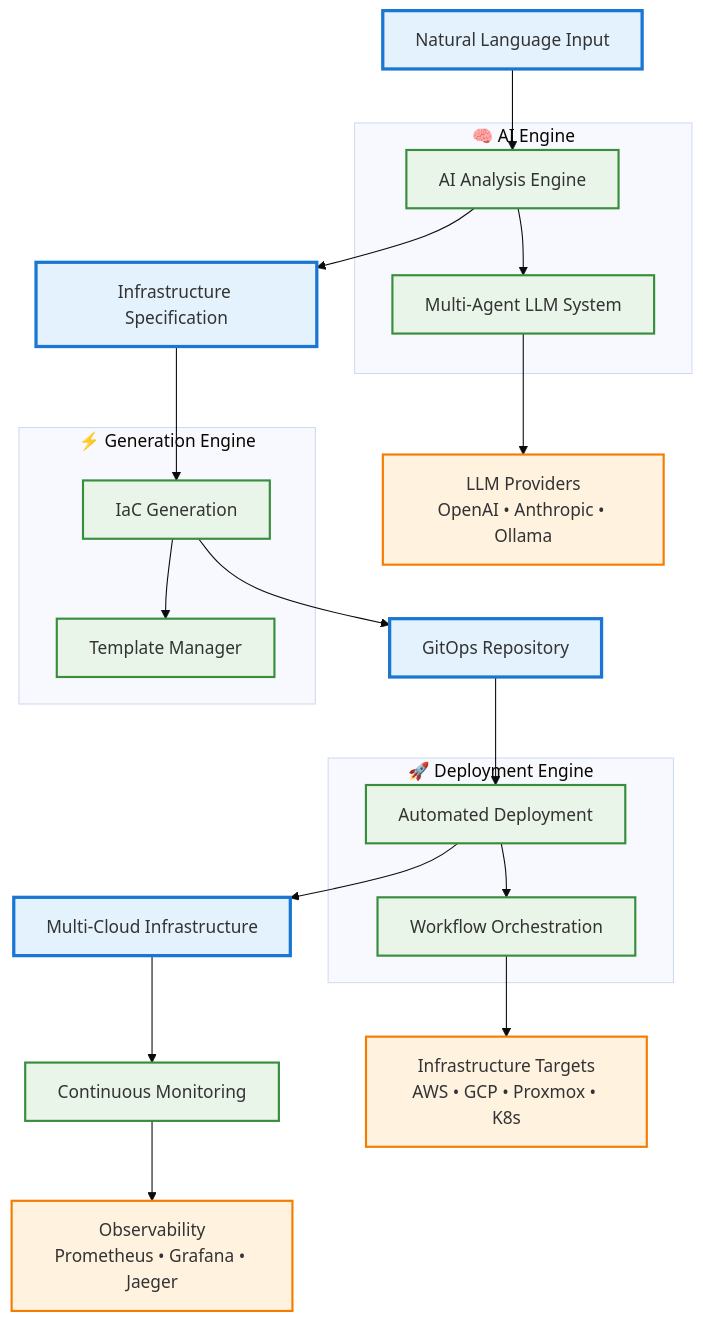
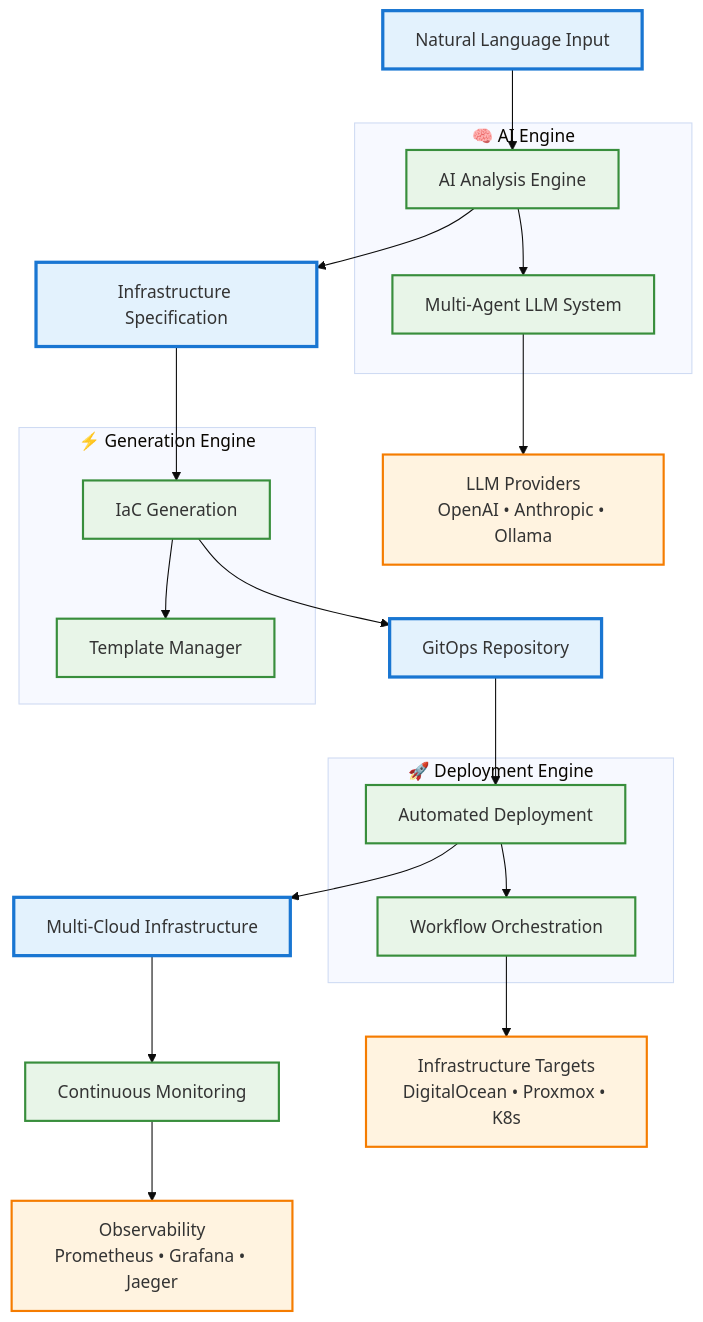
One commit to edwardhallam/luma-engine changed the diagram in README.md. Above: the diagram before and after it, drawn with Mermaid (base theme).

````diff
--- a/README.md
+++ b/README.md
@@ -72,47 +72,47 @@
 ```mermaid
 graph TB
     A[Natural Language Input] --> B[AI Analysis Engine]
     B --> C[Infrastructure Specification]
     C --> D[IaC Generation]
     D --> E[GitOps Repository]
     E --> F[Automated Deployment]
     F --> G[Multi-Cloud Infrastructure]
     G --> H[Continuous Monitoring]
     
     %% Core Components
     subgraph "🧠 AI Engine"
         B
         I[Multi-Agent LLM System]
         B --> I
     end
     
     subgraph "⚡ Generation Engine"
         D
         J[Template Manager]
         D --> J
     end
     
     subgraph "🚀 Deployment Engine"
         F
         K[Workflow Orchestration]
         F --> K
     end
     
     %% External Systems
     L[LLM Providers<br/>OpenAI • Anthropic • Ollama]
-    M[Infrastructure Targets<br/>AWS • GCP • Proxmox • K8s]
+    M[Infrastructure Targets<br/>DigitalOcean • Proxmox • K8s]
     N[Observability<br/>Prometheus • Grafana • Jaeger]
     
     I --> L
     K --> M
     H --> N
     
     %% Styling
     classDef primary fill:#e3f2fd,stroke:#1976d2,stroke-width:3px
     classDef engine fill:#e8f5e8,stroke:#388e3c,stroke-width:2px
     classDef external fill:#fff3e0,stroke:#f57c00,stroke-width:2px
     
     class A,C,E,G primary
     class B,D,F,H,I,J,K engine
     class L,M,N external
 ```
````
